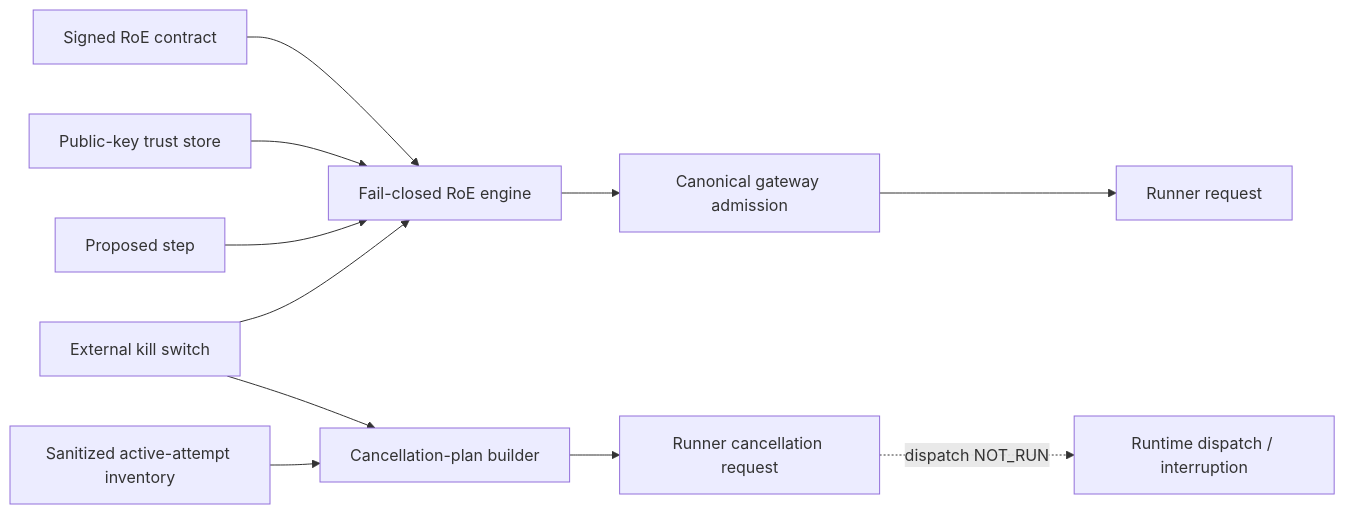
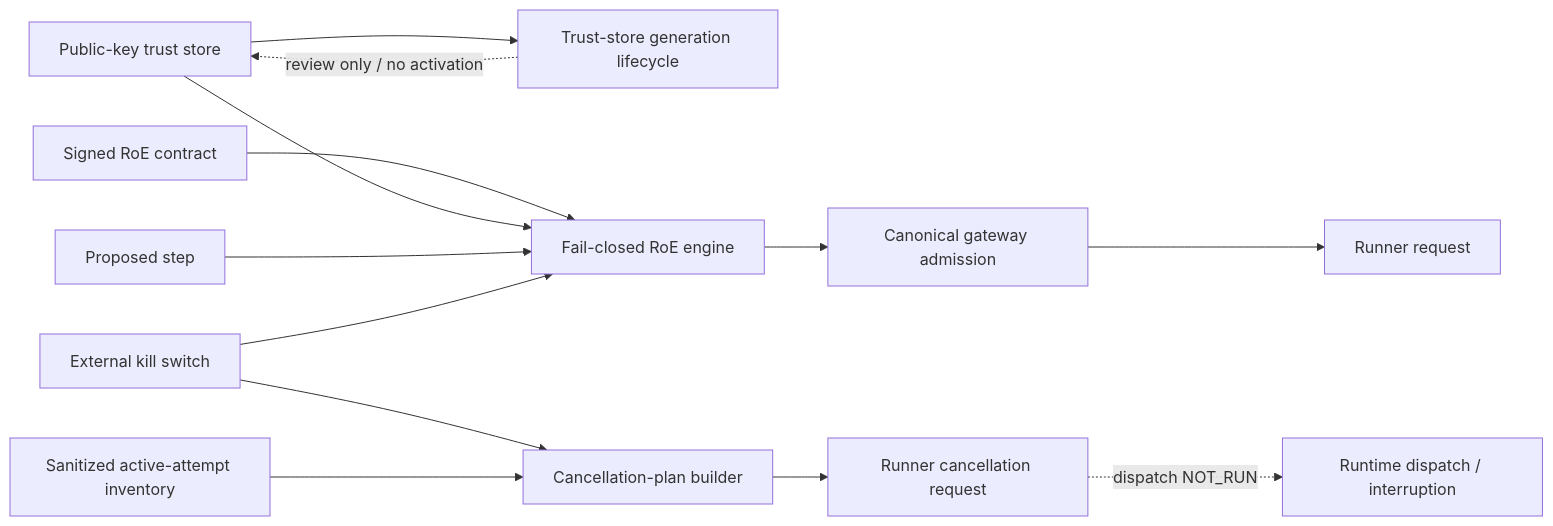
Before and after one commit to pestoura/hermes-security-labs: the diagram in docs/roadmap/EPIC-28-roe-contract-candidate-as-built.md, drawn with Mermaid. The commit also changed other lines of this file, not shown here.

Commit message:
docs(svp2-a02): reconcile trust-store anti-rollback as-built

````diff
--- a/docs/roadmap/EPIC-28-roe-contract-candidate-as-built.md
+++ b/docs/roadmap/EPIC-28-roe-contract-candidate-as-built.md
@@ -37,25 +39,28 @@
 ```mermaid
 flowchart LR
   CONTRACT[Signed RoE contract]
   TRUST[Public-key trust store]
+  GEN[Trust-store generation lifecycle]
   REQUEST[Proposed step]
   KILL[External kill switch]
   ENGINE[Fail-closed RoE engine]
   GATEWAY[Canonical gateway admission]
   RUNREQ[Runner request]
   ACTIVE[Sanitized active-attempt inventory]
   CANCEL[Cancellation-plan builder]
   CANMSG[Runner cancellation request]
   RUNTIME[Runtime dispatch / interruption]
 
+  TRUST --> GEN
+  GEN -. review only / no activation .-> TRUST
   CONTRACT --> ENGINE
   TRUST --> ENGINE
   REQUEST --> ENGINE
   KILL --> ENGINE
   ENGINE --> GATEWAY
   GATEWAY --> RUNREQ
   KILL --> CANCEL
   ACTIVE --> CANCEL
   CANCEL --> CANMSG
   CANMSG -. dispatch NOT_RUN .-> RUNTIME
 ```
````
